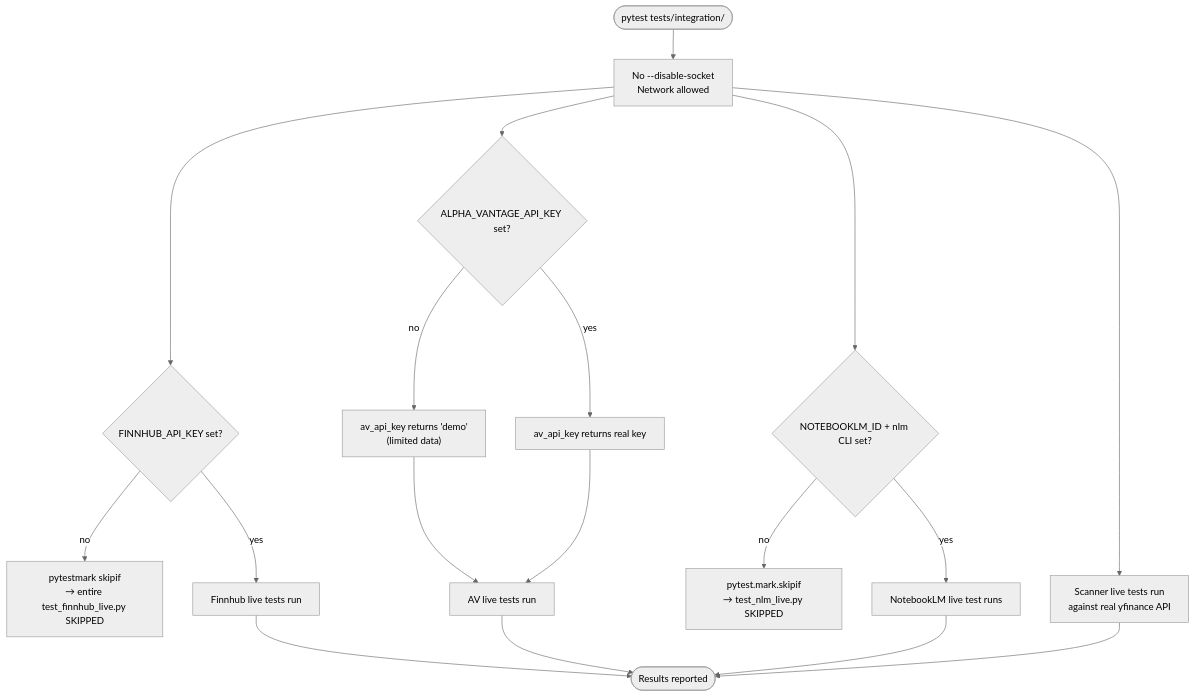
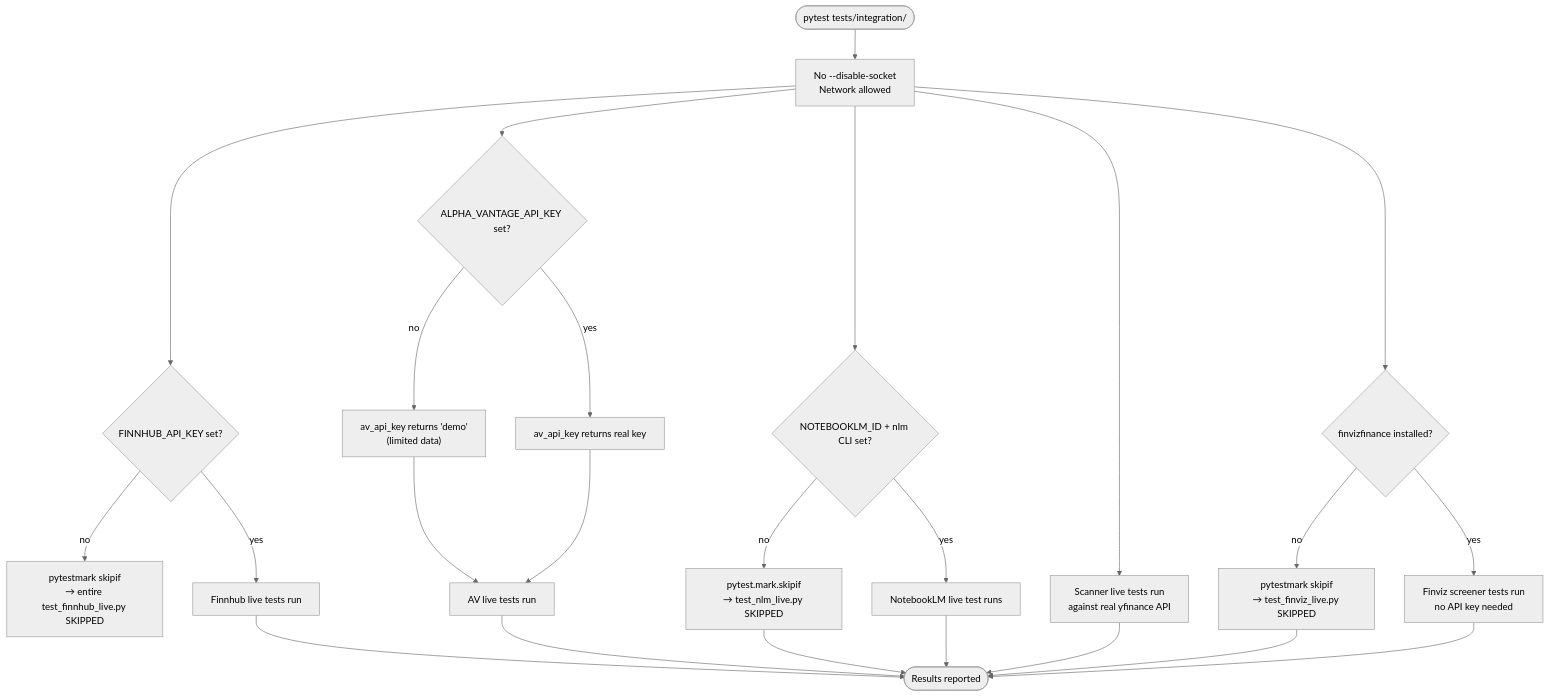
The second of 5 diagrams in docs/testing.md (TauricResearch/TradingAgents), drawn with Mermaid (neutral theme) before and after one commit. The commit also changed other lines of this file and 5 other files, not shown here.

````diff
--- a/docs/testing.md
+++ b/docs/testing.md
@@ -433,16 +472,19 @@
 ```mermaid
 flowchart TD
     A([pytest tests/integration/]) --> B[No --disable-socket\nNetwork allowed]
     B --> C{FINNHUB_API_KEY set?}
     C -- no --> D["pytestmark skipif\n→ entire test_finnhub_live.py SKIPPED"]
     C -- yes --> E[Finnhub live tests run]
     B --> F{ALPHA_VANTAGE_API_KEY set?}
     F -- no --> G["av_api_key returns 'demo'\n(limited data)"]
     F -- yes --> H["av_api_key returns real key"]
     G & H --> I[AV live tests run]
     B --> J{NOTEBOOKLM_ID + nlm CLI set?}
     J -- no --> K["pytest.mark.skipif\n→ test_nlm_live.py SKIPPED"]
     J -- yes --> L[NotebookLM live test runs]
     B --> M[Scanner live tests run\nagainst real yfinance API]
-    E & I & L & M --> N([Results reported])
+    B --> N{finvizfinance installed?}
+    N -- no --> O["pytestmark skipif\n→ test_finviz_live.py SKIPPED"]
+    N -- yes --> P[Finviz screener tests run\nno API key needed]
+    E & I & K & L & M & O & P --> Q([Results reported])
 ```
````
